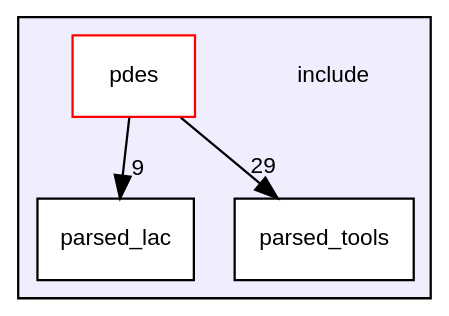
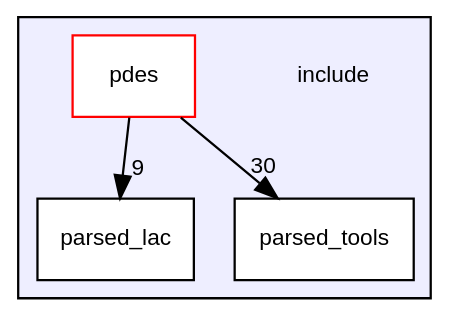
The diagram in dir_d44c64559bbebec7f509842c48db8b23_dep.dot (luca-heltai/fsi-suite), drawn with Graphviz before and after one commit. The commit also changed 605 other files, not shown here.

```diff
--- a/dir_d44c64559bbebec7f509842c48db8b23_dep.dot
+++ b/dir_d44c64559bbebec7f509842c48db8b23_dep.dot
@@ -1,15 +1,15 @@
 digraph "include" {
   bgcolor=transparent;
   compound=true
   node [ fontsize="10", fontname="Helvetica"];
   edge [ labelfontsize="10", labelfontname="Helvetica"];
   subgraph clusterdir_d44c64559bbebec7f509842c48db8b23 {
     graph [ bgcolor="#eeeeff", pencolor="black", label="" URL="dir_d44c64559bbebec7f509842c48db8b23.html"];
     dir_d44c64559bbebec7f509842c48db8b23 [shape=plaintext label="include"];
     dir_65593bf93f1e4428cc81baf4bb94349f [shape=box label="parsed_lac" color="black" fillcolor="white" style="filled" URL="dir_65593bf93f1e4428cc81baf4bb94349f.html"];
     dir_8e8448d9aef603b86753e7cb911804a9 [shape=box label="parsed_tools" color="black" fillcolor="white" style="filled" URL="dir_8e8448d9aef603b86753e7cb911804a9.html"];
     dir_60faf9a10d52b04582224b9116454383 [shape=box label="pdes" color="red" fillcolor="white" style="filled" URL="dir_60faf9a10d52b04582224b9116454383.html"];
   }
-  dir_60faf9a10d52b04582224b9116454383->dir_8e8448d9aef603b86753e7cb911804a9 [headlabel="29", labeldistance=1.5 headhref="dir_000005_000004.html"];
+  dir_60faf9a10d52b04582224b9116454383->dir_8e8448d9aef603b86753e7cb911804a9 [headlabel="30", labeldistance=1.5 headhref="dir_000005_000004.html"];
   dir_60faf9a10d52b04582224b9116454383->dir_65593bf93f1e4428cc81baf4bb94349f [headlabel="9", labeldistance=1.5 headhref="dir_000005_000003.html"];
 }
```
